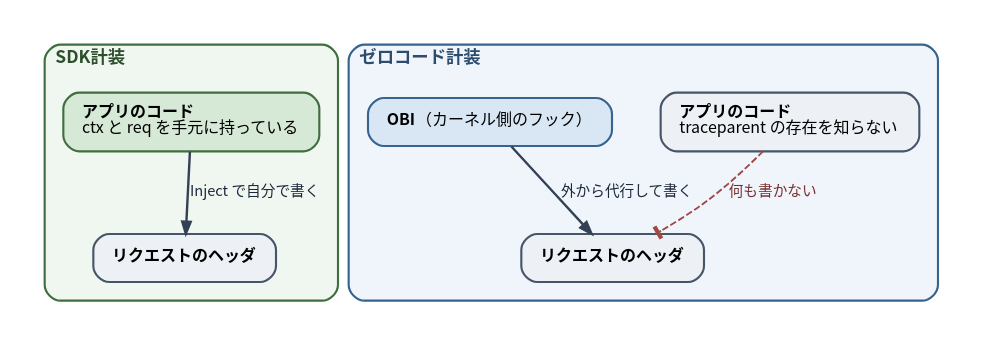
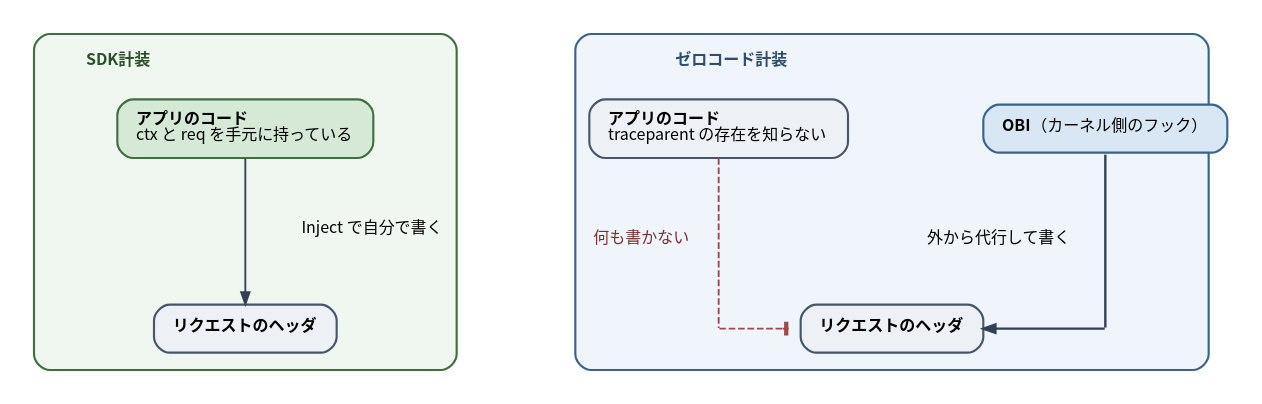
One commit to ymotongpoo/zenn.dev changed the diagram in diagrams/go-ebpf-primer/20260820-sdk-vs-zerocode.dot. Above: the diagram before and after it, drawn with Graphviz. The commit also changed 98 other files, not shown here.

First line of the commit message:
図版の線を水平垂直の直線に統一し、角の隙間を埋める後処理を追加した

```diff
--- a/diagrams/go-ebpf-primer/20260820-sdk-vs-zerocode.dot
+++ b/diagrams/go-ebpf-primer/20260820-sdk-vs-zerocode.dot
@@ -1,45 +1,51 @@
 // 誰が traceparent を書き込むのか
 digraph sdk_vs_zerocode {
   graph [
+    layout=neato, inputscale=72, splines=line,
     fontname="Harano Aji Gothic,Noto Sans CJK JP,IPAGothic", fontsize=13,
-    rankdir=TB, compound=true, splines=true,
-    nodesep=0.5, ranksep=0.7, pad=0.25,
-    bgcolor="white", newrank=true
+    bgcolor="white", pad=0.25
   ];
   node [
     fontname="Harano Aji Gothic,Noto Sans CJK JP,IPAGothic", fontsize=12,
     shape=box, style="rounded,filled",
     fillcolor="#F1F5F9", color="#475569", penwidth=1.6,
     margin="0.2,0.14"
   ];
   edge [
     fontname="Harano Aji Gothic,Noto Sans CJK JP,IPAGothic", fontsize=11,
     color="#334155", penwidth=1.4, arrowsize=0.9,
     fontcolor="#1E293B"
   ];
 
-  subgraph cluster_sdk {
-    label=<<b>SDK計装</b>>;
-    style="rounded"; labeljust="l"; penwidth=1.6; margin=14;
-    color="#3F6E3F"; fontcolor="#2C4F2C"; bgcolor="#F0F7F0";
+  bgL [pos="215,300!", shape=box, style="rounded,filled", fillcolor="#F0F7F0", color="#3F6E3F",
+       label="", width=4.4, height=3.5, fixedsize=true];
+  tL [pos="120,405!", shape=plaintext, style="", label=<<b>SDK計装</b>>, fontcolor="#2C4F2C"];
 
-    app1 [label=<<b>アプリのコード</b><br align="left"/>ctx と req を手元に持っている<br align="left"/>>,
-          fillcolor="#D6E8D6", color="#3F6E3F"];
-    hdr1 [label=<<b>リクエストのヘッダ</b>>, fillcolor="#EDF1F5"];
-    app1 -> hdr1 [label=" Inject で自分で書く", penwidth=1.8];
-  }
+  bgR [pos="700,300!", shape=box, style="rounded,filled", fillcolor="#EFF5FB", color="#38638F",
+       label="", width=6.6, height=3.5, fixedsize=true];
+  tR [pos="580,405!", shape=plaintext, style="", label=<<b>ゼロコード計装</b>>, fontcolor="#2E4D6E"];
 
-  subgraph cluster_zero {
-    label=<<b>ゼロコード計装</b>>;
-    style="rounded"; labeljust="l"; penwidth=1.6; margin=14;
-    color="#38638F"; fontcolor="#2E4D6E"; bgcolor="#EFF5FB";
+  appL [pos="215,355!", label=<<b>アプリのコード</b><br align="left"/>ctx と req を手元に持っている<br align="left"/>>,
+        fillcolor="#D6E8D6", color="#3F6E3F"];
+  hdrL [pos="215,205!", label=<<b>リクエストのヘッダ</b>>, fillcolor="#EDF1F5"];
+  LL [pos="310,280!", shape=plaintext, style="", label="Inject で自分で書く"];
 
-    app2 [label=<<b>アプリのコード</b><br align="left"/>traceparent の存在を知らない<br align="left"/>>,
-          fillcolor="#EDF1F5"];
-    hdr2 [label=<<b>リクエストのヘッダ</b>>, fillcolor="#EDF1F5"];
-    obi [label=<<b>OBI</b>（カーネル側のフック）>, fillcolor="#D9E7F4", color="#38638F"];
+  appR [pos="570,355!", label=<<b>アプリのコード</b><br align="left"/>traceparent の存在を知らない<br align="left"/>>,
+        fillcolor="#EDF1F5"];
+  obiR [pos="860,355!", label=<<b>OBI</b>（カーネル側のフック）>, fillcolor="#D9E7F4", color="#38638F"];
+  hdrR [pos="700,205!", label=<<b>リクエストのヘッダ</b>>, fillcolor="#EDF1F5"];
 
-    app2 -> hdr2 [label=" 何も書かない", style=dashed, color="#A04848", fontcolor="#7A3030", arrowhead=tee];
-    obi -> hdr2 [label=" 外から代行して書く", penwidth=1.8];
-  }
+  d1 [pos="570,205!", shape=point, width=0.01, style=invis];
+  s0 [pos="860,335.9!", shape=point, width=0.01, style=invis];
+  s1 [pos="860,205!", shape=point, width=0.01, style=invis];
+  dt [pos="623,205!", shape=point, width=0.01, style=invis];
+
+  LD [pos="512,272!", shape=plaintext, style="", label="何も書かない", fontcolor="#7A3030"];
+  LS [pos="780,272!", shape=plaintext, style="", label="外から代行して書く"];
+
+  appL -> hdrL;
+  appR -> d1 [dir=none, style=dashed, color="#A04848"];
+  d1 -> dt [style=dashed, color="#A04848", arrowhead=tee];
+  s0 -> s1 [dir=none, penwidth=1.8];
+  s1 -> hdrR [penwidth=1.8];
 }
```
